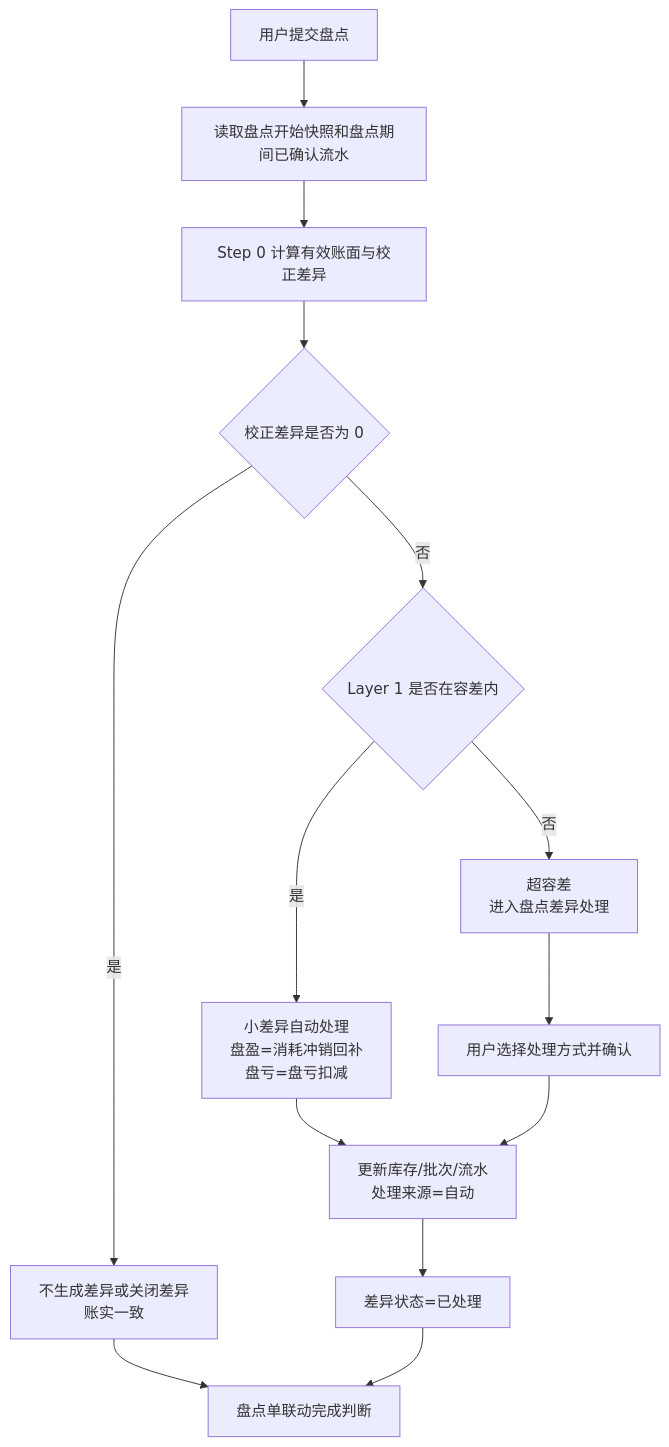
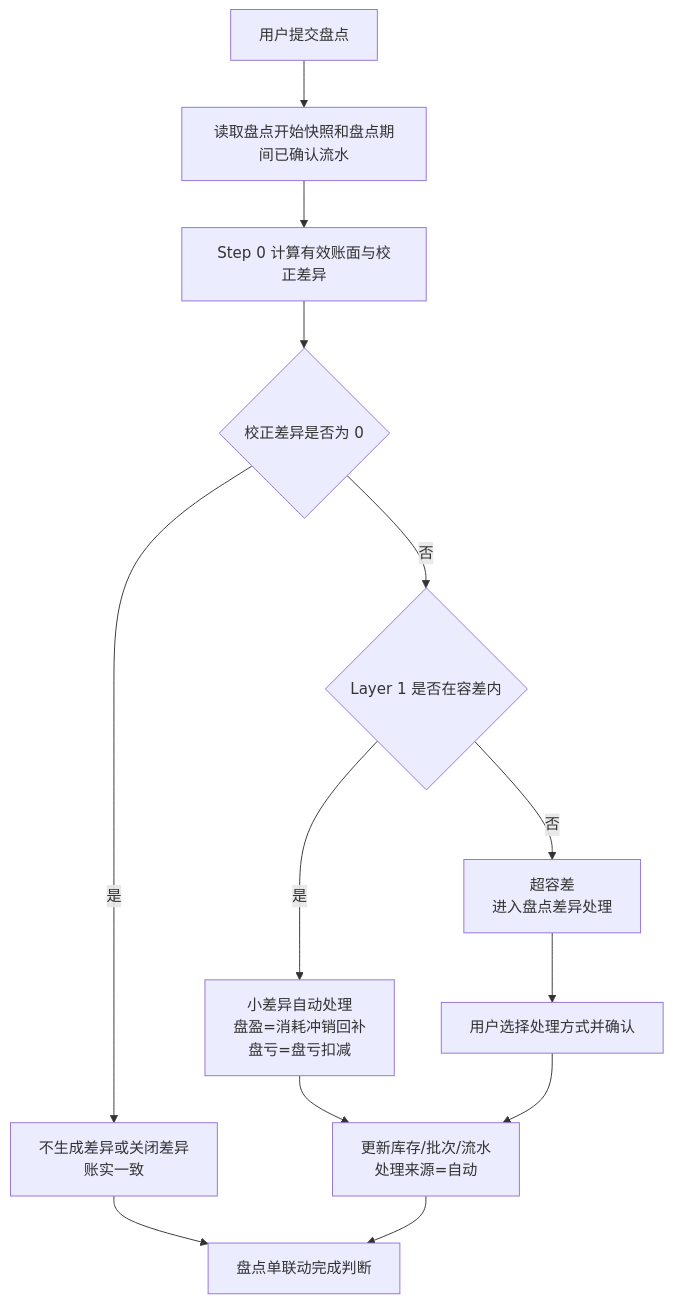
Before and after one commit to 91Dhua/Vaccine: the diagram in prds/inventory/02-盘点差异自动处理规则.md, drawn with Mermaid. The commit also changed other lines of this file and 1 other file, not shown here.

````diff
--- a/prds/inventory/02-盘点差异自动处理规则.md
+++ b/prds/inventory/02-盘点差异自动处理规则.md
@@ -58,16 +58,15 @@
 ```mermaid
 flowchart TD
   A[用户提交盘点] --> B[读取盘点开始快照和盘点期间已确认流水]
   B --> C[Step 0 计算有效账面与校正差异]
   C --> D{校正差异是否为 0}
   D -->|是| E[不生成差异或关闭差异<br/>账实一致]
   D -->|否| F{Layer 1 是否在容差内}
   F -->|是| G[小差异自动处理<br/>盘盈=消耗冲销回补<br/>盘亏=盘亏扣减]
   F -->|否| K[超容差<br/>进入盘点差异处理]
   G --> P[更新库存/批次/流水<br/>处理来源=自动]
-  P --> S[差异状态=已处理]
   E --> T[盘点单联动完成判断]
-  S --> T
+  P --> T
   K --> U[用户选择处理方式并确认]
   U --> P
 ```
````
